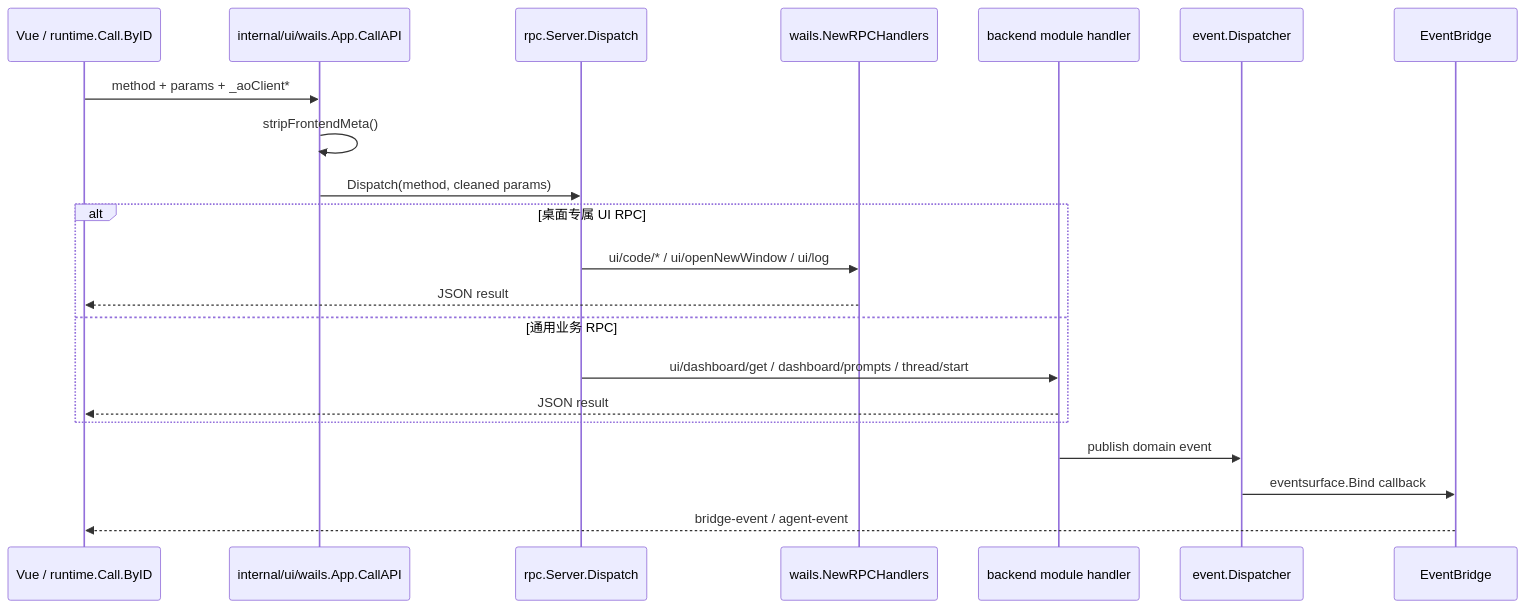
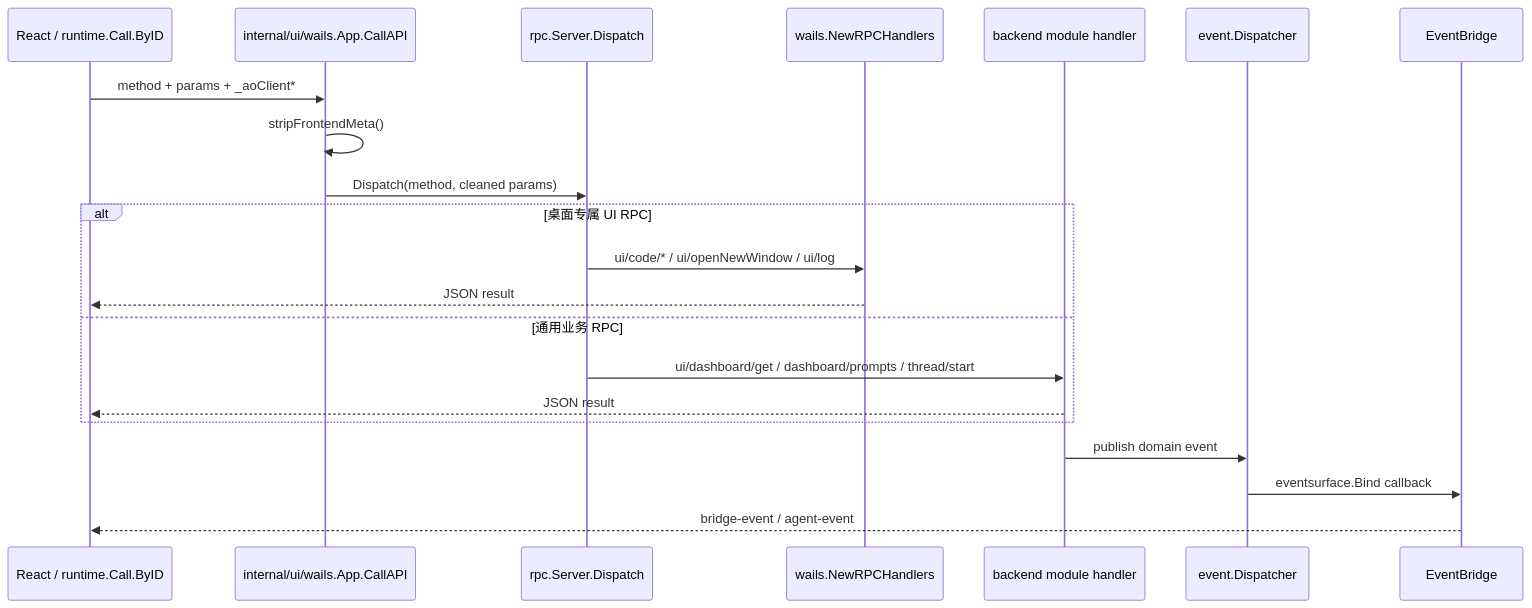
The fourth of 4 diagrams in docs/doc/codemap/01-terminal-ui-go.md (lihah111222333-cloud/Super-Dolphin-Agent-Cockpit), drawn with Mermaid before and after one commit. The commit also changed other lines of this file and 1 other file, not shown here.

Commit message:
文档: 修正 README 与 UI 地图漂移

````diff
--- a/docs/doc/codemap/01-terminal-ui-go.md
+++ b/docs/doc/codemap/01-terminal-ui-go.md
@@ -284,24 +284,24 @@
 ```mermaid
 sequenceDiagram
-    participant UI as Vue / runtime.Call.ByID
+    participant UI as React / runtime.Call.ByID
     participant APP as internal/ui/wails.App.CallAPI
     participant RPC as rpc.Server.Dispatch
     participant WH as wails.NewRPCHandlers
     participant MOD as backend module handler
     participant BUS as event.Dispatcher
     participant BR as EventBridge
 
     UI->>APP: method + params + _aoClient*
     APP->>APP: stripFrontendMeta()
     APP->>RPC: Dispatch(method, cleaned params)
     alt 桌面专属 UI RPC
         RPC->>WH: ui/code/* / ui/openNewWindow / ui/log
         WH-->>UI: JSON result
     else 通用业务 RPC
         RPC->>MOD: ui/dashboard/get / dashboard/prompts / thread/start
         MOD-->>UI: JSON result
     end
     MOD->>BUS: publish domain event
     BUS->>BR: eventsurface.Bind callback
     BR-->>UI: bridge-event / agent-event
 ```
````
